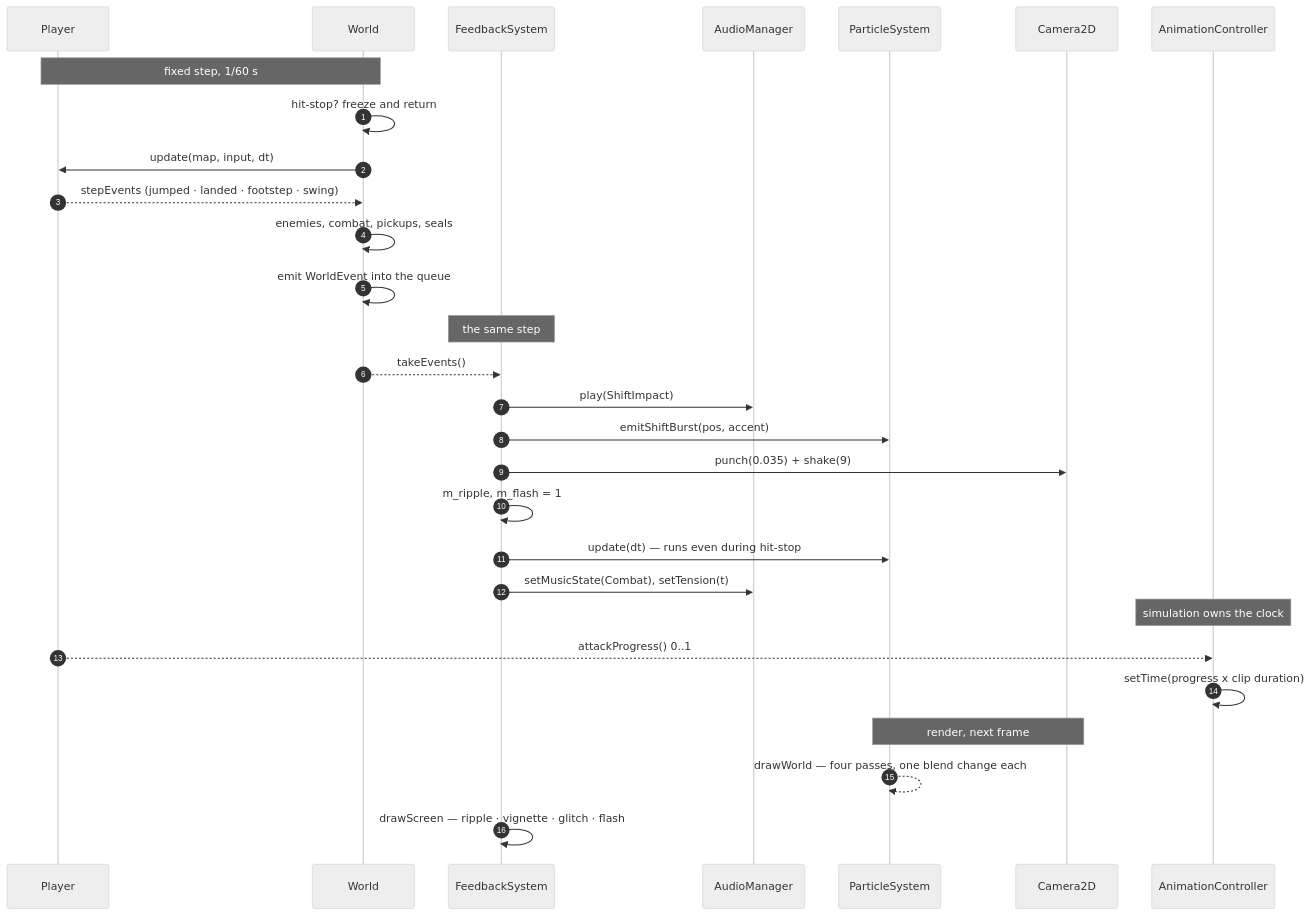
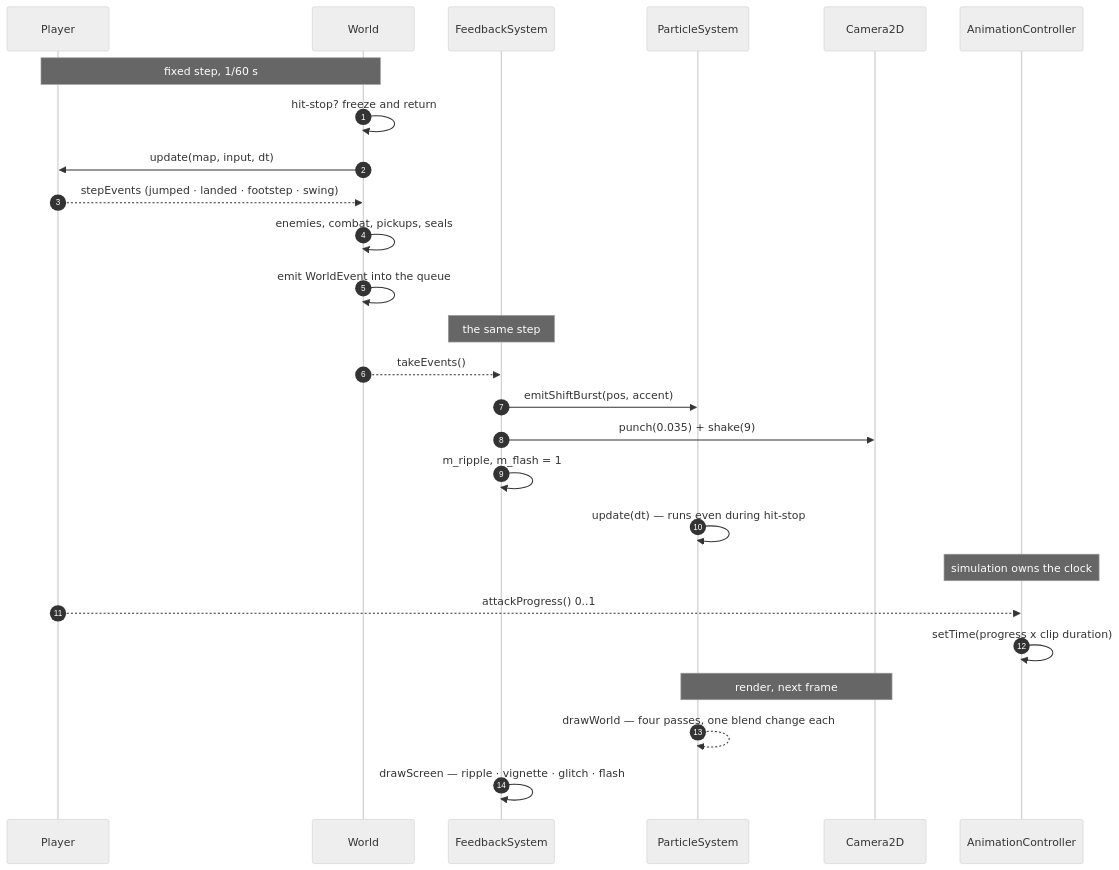
The second of 2 diagrams in README.md (toms1010/Era-Shift), drawn with Mermaid (neutral theme) before and after one commit. The commit also changed other lines of this file and 38 other files, not shown here.

````diff
--- a/README.md
+++ b/README.md
@@ -256,35 +244,32 @@
 ```mermaid
 sequenceDiagram
     autonumber
     participant P as Player
     participant W as World
     participant F as FeedbackSystem
-    participant A as AudioManager
     participant PS as ParticleSystem
     participant C as Camera2D
     participant AC as AnimationController
 
     Note over P,W: fixed step, 1/60 s
     W->>W: hit-stop? freeze and return
     W->>P: update(map, input, dt)
     P-->>W: stepEvents (jumped · landed · footstep · swing)
     W->>W: enemies, combat, pickups, seals
     W->>W: emit WorldEvent into the queue
 
     Note over F: the same step
-    W-->>F: takeEvents()
-    F->>A: play(ShiftImpact)
+W-->>F: takeEvents()
     F->>PS: emitShiftBurst(pos, accent)
     F->>C: punch(0.035) + shake(9)
     F->>F: m_ripple, m_flash = 1
-    F->>PS: update(dt) — runs even during hit-stop
-    F->>A: setMusicState(Combat), setTension(t)
+    PS->>PS: update(dt) — runs even during hit-stop
 
     Note over AC: simulation owns the clock
     P-->>AC: attackProgress() 0..1
     AC->>AC: setTime(progress x clip duration)
 
     Note over PS,C: render, next frame
     PS-->>PS: drawWorld — four passes, one blend change each
     F->>F: drawScreen — ripple · vignette · glitch · flash
 ```
````
